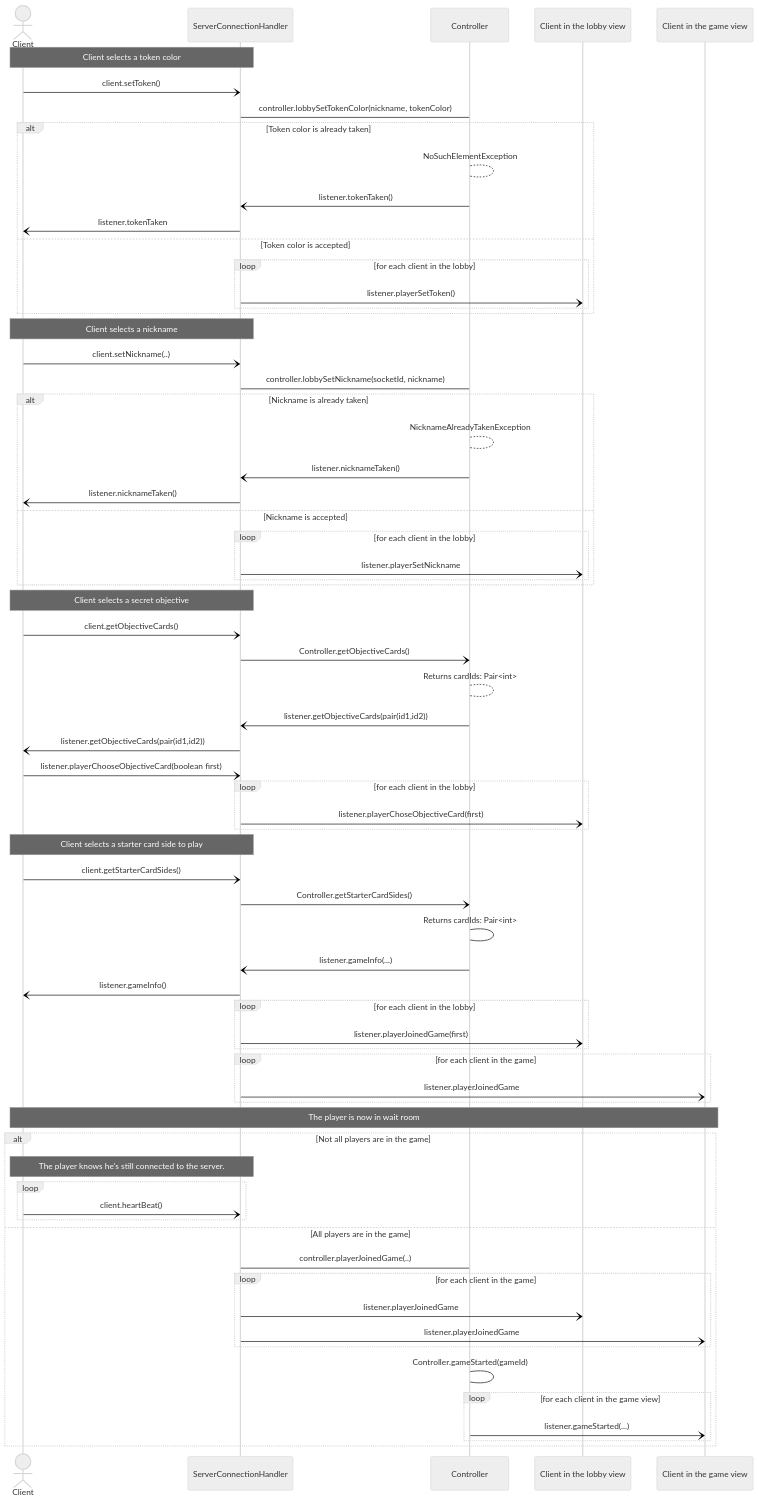
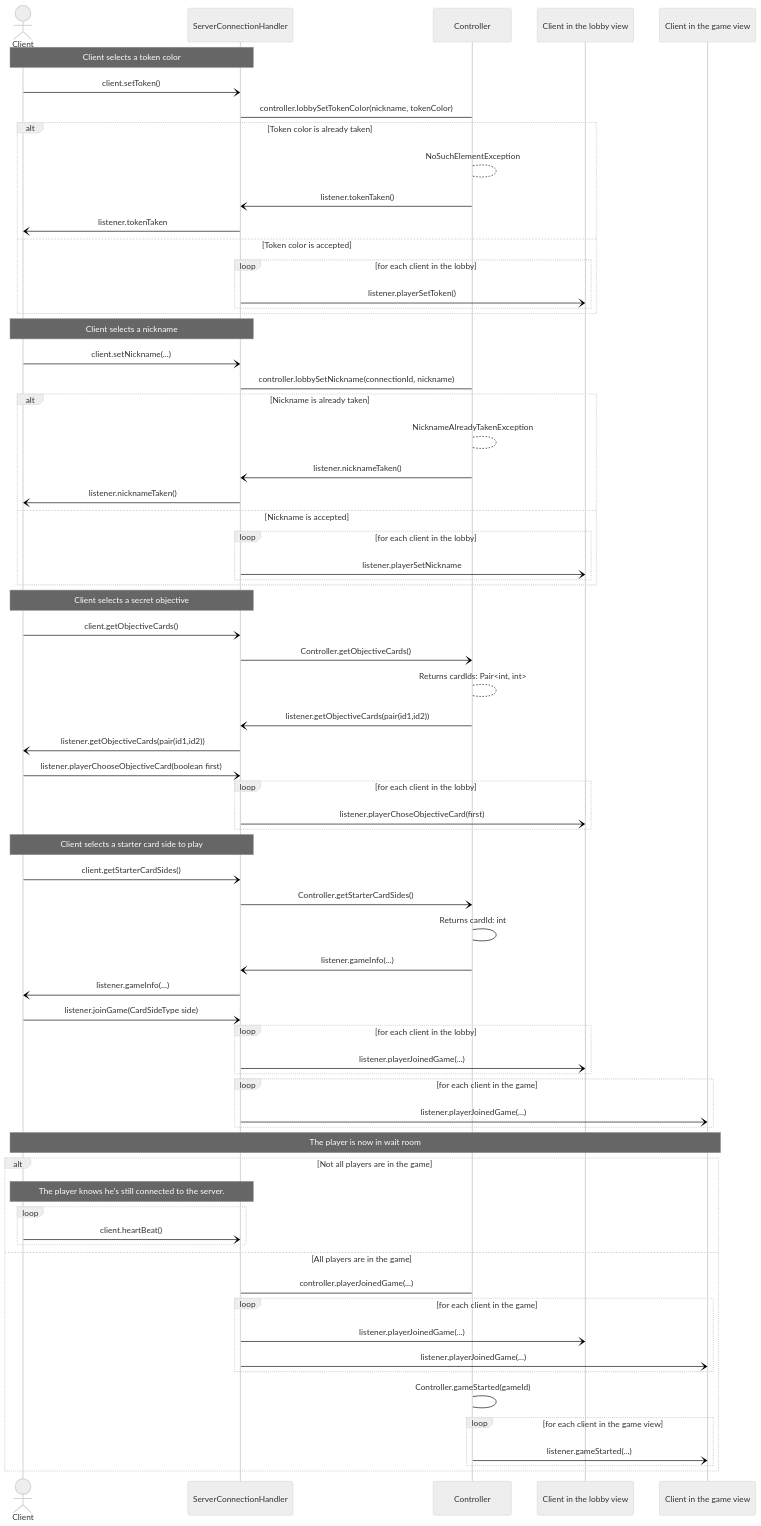
Before and after one commit to frephs/IS24-AM21: the sixth of 9 diagrams in documentation_wip/network_protocol.md, drawn with Mermaid (neutral theme). The commit also changed other lines of this file, not shown here.

```diff
--- a/documentation_wip/network_protocol.md
+++ b/documentation_wip/network_protocol.md
@@ -199,8 +198,8 @@
 
     # Player Nickname
     Note over Client,ServerConnectionHandler : Client selects a nickname
-        Client -) ServerConnectionHandler : client.setNickname(..)
-        ServerConnectionHandler -> Controller: controller.lobbySetNickname(socketId, nickname)
+        Client -) ServerConnectionHandler : client.setNickname(...)
+        ServerConnectionHandler -> Controller: controller.lobbySetNickname(connectionId, nickname)
         alt Nickname is already taken   
             Controller --> Controller: NicknameAlreadyTakenException
             Controller -) ServerConnectionHandler : listener.nicknameTaken()
@@ -218,7 +217,7 @@
     Note over Client,ServerConnectionHandler: Client selects a secret objective
     Client -) ServerConnectionHandler : client.getObjectiveCards()
     ServerConnectionHandler -) Controller : Controller.getObjectiveCards()
-    Controller --> Controller : Returns cardIds: Pair<int> 
+    Controller --> Controller : Returns cardIds: Pair<int, int> 
     Controller -) ServerConnectionHandler : listener.getObjectiveCards(pair(id1,id2))
     ServerConnectionHandler -) Client : listener.getObjectiveCards(pair(id1,id2))
     
@@ -232,17 +231,17 @@
     Note over Client,ServerConnectionHandler: Client selects a starter card side to play
     Client -) ServerConnectionHandler : client.getStarterCardSides()
     ServerConnectionHandler -) Controller : Controller.getStarterCardSides()
-    Controller -> Controller : Returns cardIds: Pair<int> 
+    Controller -> Controller : Returns cardId: int 
     Controller -) ServerConnectionHandler : listener.gameInfo(...)
-    ServerConnectionHandler -) Client : listener.gameInfo()
+    ServerConnectionHandler -) Client : listener.gameInfo(...)
 
-    
-     loop for each client in the lobby 
-            ServerConnectionHandler -) Client in the lobby view:  listener.playerJoinedGame(first)
+    Client -) ServerConnectionHandler : listener.joinGame(CardSideType side)
+    loop for each client in the lobby 
+            ServerConnectionHandler -) Client in the lobby view:  listener.playerJoinedGame(...)
      end
 
     loop for each client in the game
-        ServerConnectionHandler -) Client in the game view: listener.playerJoinedGame
+        ServerConnectionHandler -) Client in the game view: listener.playerJoinedGame(...)
     end
 
     Note over Client,Client in the game view: The player is now in wait room
@@ -253,10 +252,10 @@
         Client -) ServerConnectionHandler : client.heartBeat()
     end
     else All players are in the game
-        ServerConnectionHandler -> Controller: controller.playerJoinedGame(..)
+        ServerConnectionHandler -> Controller: controller.playerJoinedGame(...)
         loop for each client in the game
-        ServerConnectionHandler -) Client in the lobby view: listener.playerJoinedGame
-        ServerConnectionHandler -) Client in the game view: listener.playerJoinedGame
+        ServerConnectionHandler -) Client in the lobby view: listener.playerJoinedGame(...)
+        ServerConnectionHandler -) Client in the game view: listener.playerJoinedGame(...)
     end
         Controller -> Controller : Controller.gameStarted(gameId)
         loop for each client in the game view
```
